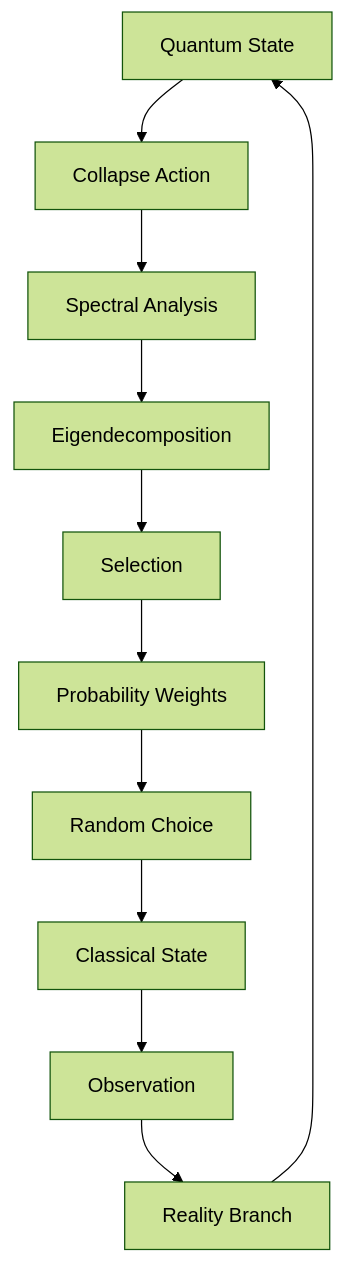
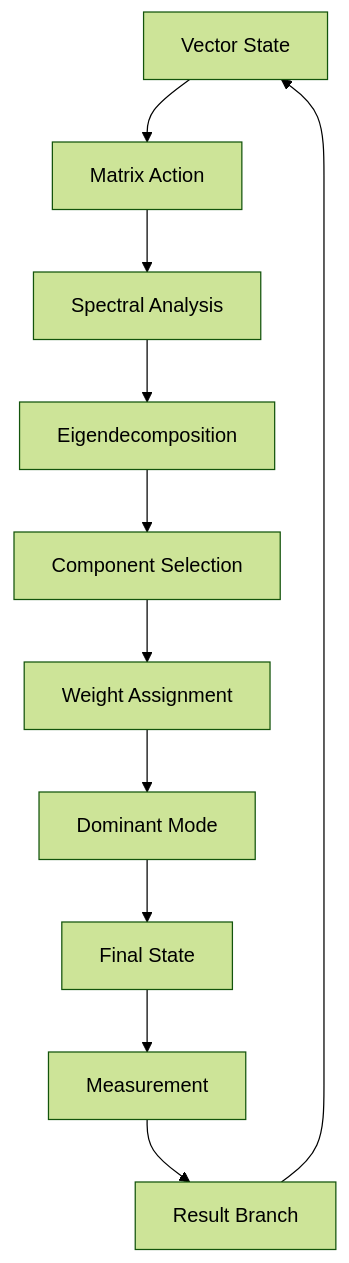
The second of 2 diagrams in docs/psi-structum/book-1-collapse-ontology/part-03-tensor-algebra/chapter-046-collapse-operator-spectral-decomposition.md (loning/the-phys), drawn with Mermaid (forest theme) before and after one commit. The commit also changed other lines of this file and 33 other files, not shown here.

````diff
--- a/docs/psi-structum/book-1-collapse-ontology/part-03-tensor-algebra/chapter-046-collapse-operator-spectral-decomposition.md
+++ b/docs/psi-structum/book-1-collapse-ontology/part-03-tensor-algebra/chapter-046-collapse-operator-spectral-decomposition.md
@@ -196,13 +210,13 @@
 ```mermaid
 graph TD
-    A[Quantum State] --> B[Collapse Action]
+    A[Vector State] --> B[Matrix Action]
     B --> C[Spectral Analysis]
     C --> D[Eigendecomposition]
-    D --> E[Selection]
-    E --> F[Probability Weights]
-    F --> G[Random Choice]
-    G --> H[Classical State]
-    H --> I[Observation]
-    I --> J[Reality Branch]
+    D --> E[Component Selection]
+    E --> F[Weight Assignment]
+    F --> G[Dominant Mode]
+    G --> H[Final State]
+    H --> I[Measurement]
+    I --> J[Result Branch]
     J --> A
 ```
````
